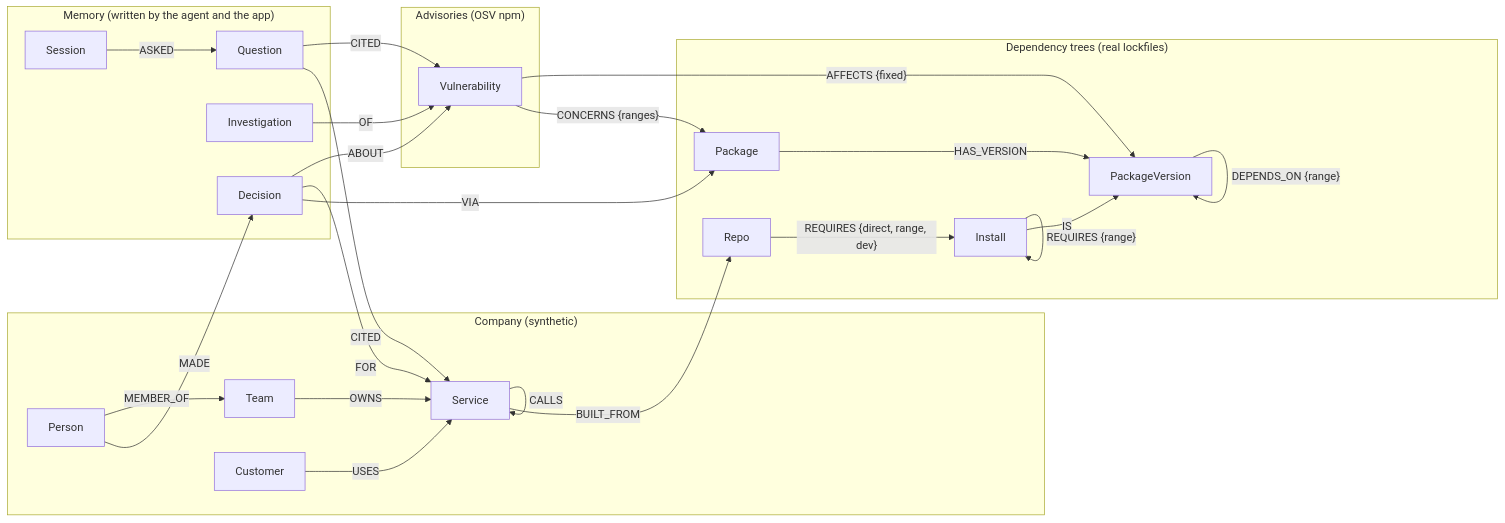
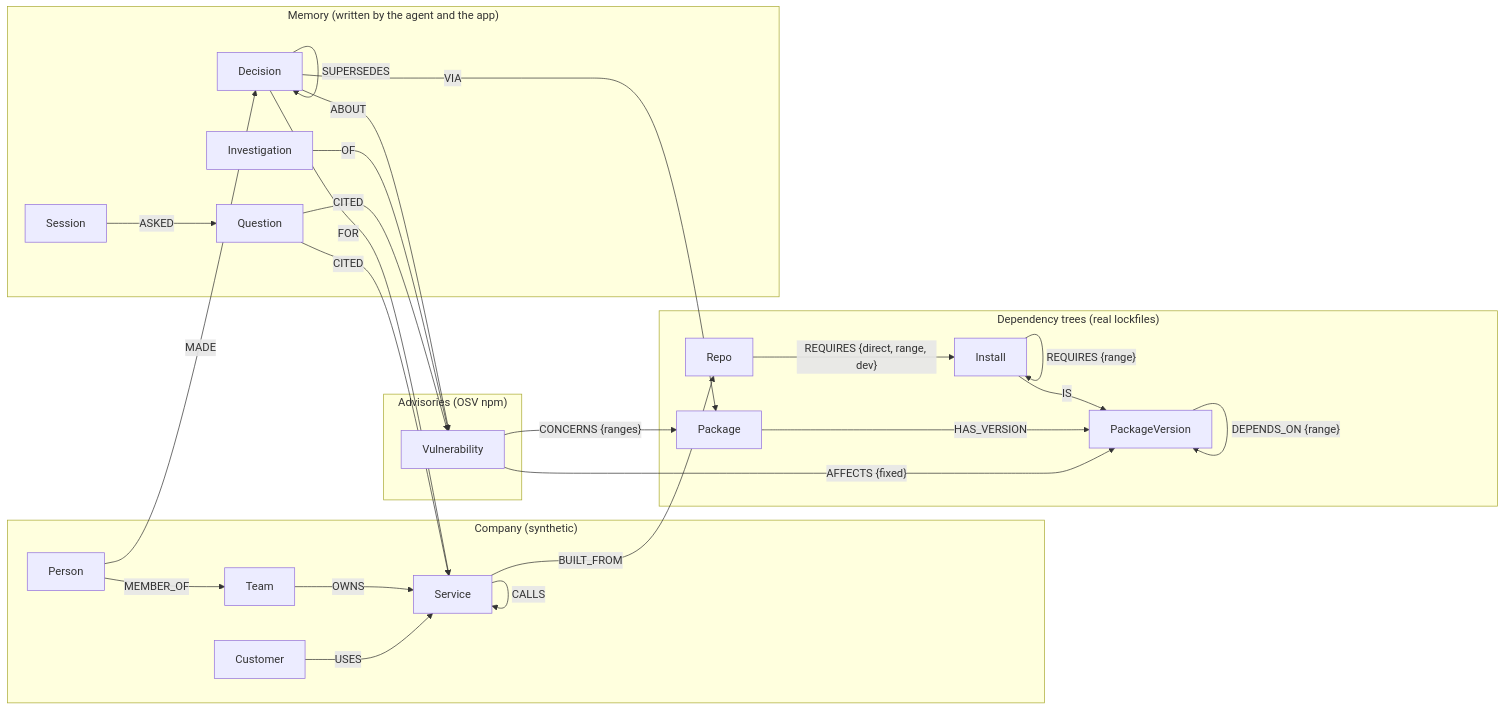
Before and after one commit to bhargav-2644/blast-radius: the diagram in README.md, drawn with Mermaid. The commit also changed other lines of this file and 16 other files, not shown here.

First line of the commit message:
Give decisions a lifecycle the graph checks: superseded, disputed, verified

````diff
--- a/README.md
+++ b/README.md
@@ -55,31 +55,32 @@
 ```mermaid
 flowchart LR
   subgraph company["Company (synthetic)"]
     Team -- OWNS --> Service
     Person -- MEMBER_OF --> Team
     Customer -- USES --> Service
     Service -- CALLS --> Service
   end
   subgraph deps["Dependency trees (real lockfiles)"]
     Service -- BUILT_FROM --> Repo
     Repo -- "REQUIRES {direct, range, dev}" --> Install
     Install -- "REQUIRES {range}" --> Install
     Install -- IS --> PackageVersion
     Package -- HAS_VERSION --> PackageVersion
     PackageVersion -- "DEPENDS_ON {range}" --> PackageVersion
   end
   subgraph adv["Advisories (OSV npm)"]
     Vulnerability -- "AFFECTS {fixed}" --> PackageVersion
     Vulnerability -- "CONCERNS {ranges}" --> Package
   end
   subgraph mem["Memory (written by the agent and the app)"]
     Person -- MADE --> Decision
     Decision -- ABOUT --> Vulnerability
     Decision -- FOR --> Service
     Decision -- VIA --> Package
+    Decision -- SUPERSEDES --> Decision
     Investigation -- OF --> Vulnerability
     Session -- ASKED --> Question
     Question -- CITED --> Vulnerability
     Question -- CITED --> Service
   end
 ```
````
